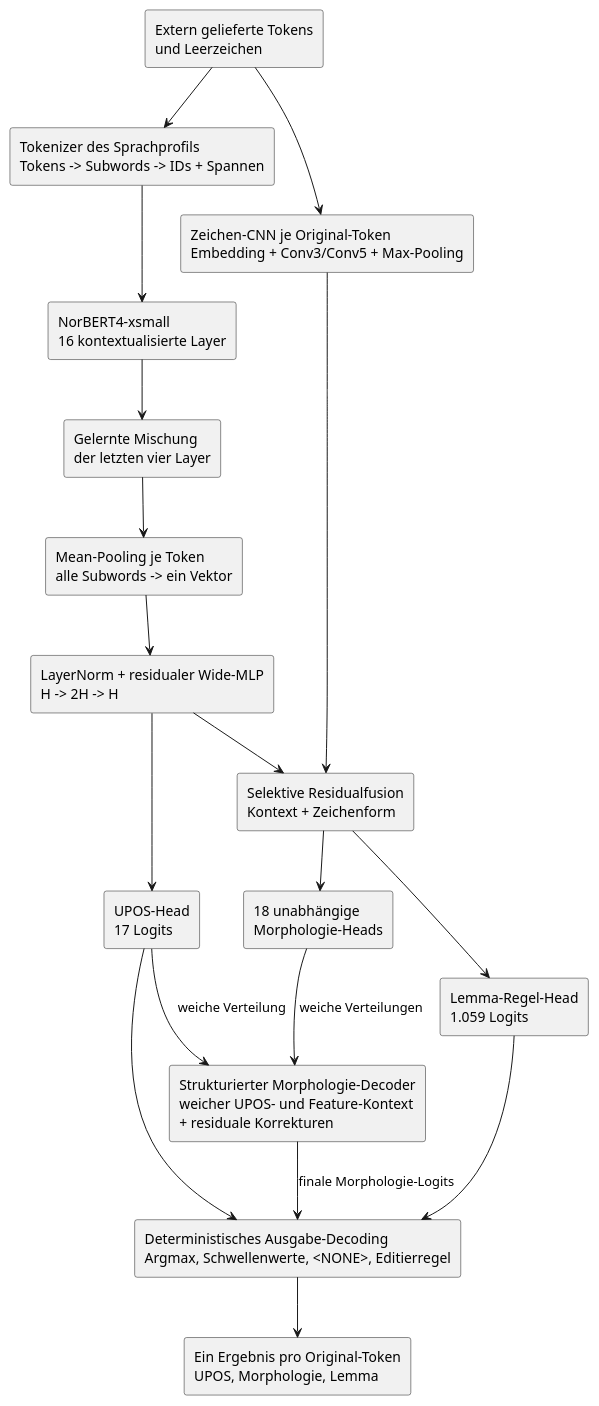
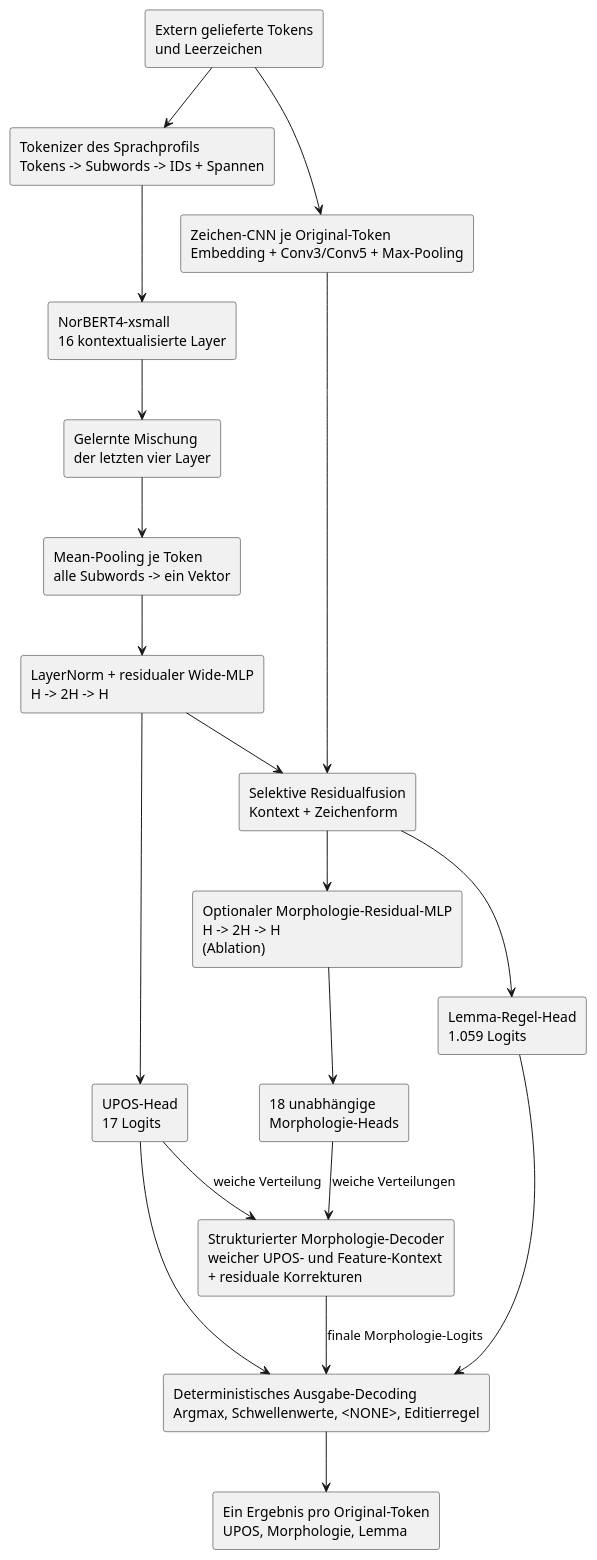
One commit to dmlux/Prism changed the first of 8 diagrams in docs/ARCHITECTURE.md. Above: the diagram before and after it, drawn with PlantUML. The commit also changed other lines of this file and 43 other files, not shown here.

````diff
--- a/docs/ARCHITECTURE.md
+++ b/docs/ARCHITECTURE.md
@@ -68,42 +68,44 @@
 ```plantuml
 @startuml prism-overview
 skinparam backgroundColor transparent
 skinparam componentStyle rectangle
 skinparam shadowing false
 
 rectangle "Extern gelieferte Tokens\nund Leerzeichen" as Tokens
 rectangle "Tokenizer des Sprachprofils\nTokens -> Subwords -> IDs + Spannen" as Tokenizer
 rectangle "NorBERT4-xsmall\n16 kontextualisierte Layer" as Encoder
 rectangle "Gelernte Mischung\nder letzten vier Layer" as LayerMix
 rectangle "Mean-Pooling je Token\nalle Subwords -> ein Vektor" as Pooling
 rectangle "LayerNorm + residualer Wide-MLP\nH -> 2H -> H" as Shared
 rectangle "Zeichen-CNN je Original-Token\nEmbedding + Conv3/Conv5 + Max-Pooling" as CharCnn
 rectangle "Selektive Residualfusion\nKontext + Zeichenform" as CharFusion
 
 rectangle "UPOS-Head\n17 Logits" as Upos
+rectangle "Optionaler Morphologie-Residual-MLP\nH -> 2H -> H\n(Ablation)" as MorphPreHead
 rectangle "18 unabhängige\nMorphologie-Heads" as MorphFirst
 rectangle "Lemma-Regel-Head\n1.059 Logits" as Lemma
 rectangle "Strukturierter Morphologie-Decoder\nweicher UPOS- und Feature-Kontext\n+ residuale Korrekturen" as MorphRefine
 
 rectangle "Deterministisches Ausgabe-Decoding\nArgmax, Schwellenwerte, <NONE>, Editierregel" as Decode
 rectangle "Ein Ergebnis pro Original-Token\nUPOS, Morphologie, Lemma" as Results
 
 Tokens --> Tokenizer
 Tokenizer --> Encoder
 Encoder --> LayerMix
 LayerMix --> Pooling
 Pooling --> Shared
 Shared --> Upos
 Tokens --> CharCnn
 Shared --> CharFusion
 CharCnn --> CharFusion
-CharFusion --> MorphFirst
+CharFusion --> MorphPreHead
+MorphPreHead --> MorphFirst
 CharFusion --> Lemma
 Upos --> MorphRefine : weiche Verteilung
 MorphFirst --> MorphRefine : weiche Verteilungen
 Upos --> Decode
 MorphRefine --> Decode : finale Morphologie-Logits
 Lemma --> Decode
 Decode --> Results
 @enduml
 ```
````
